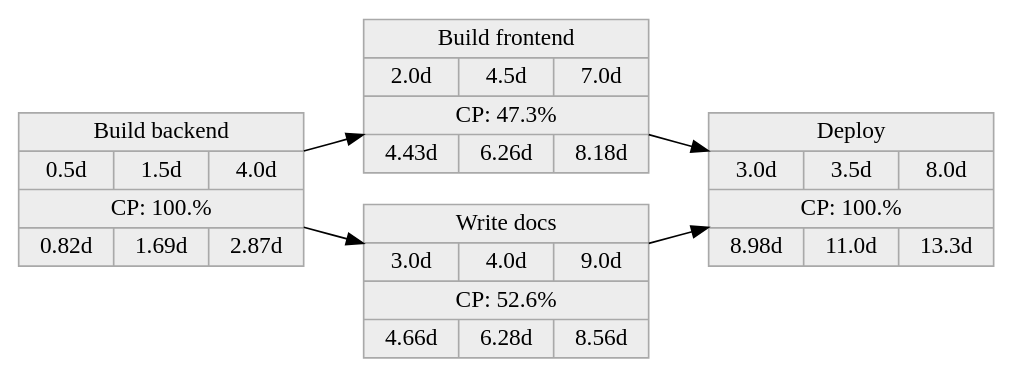
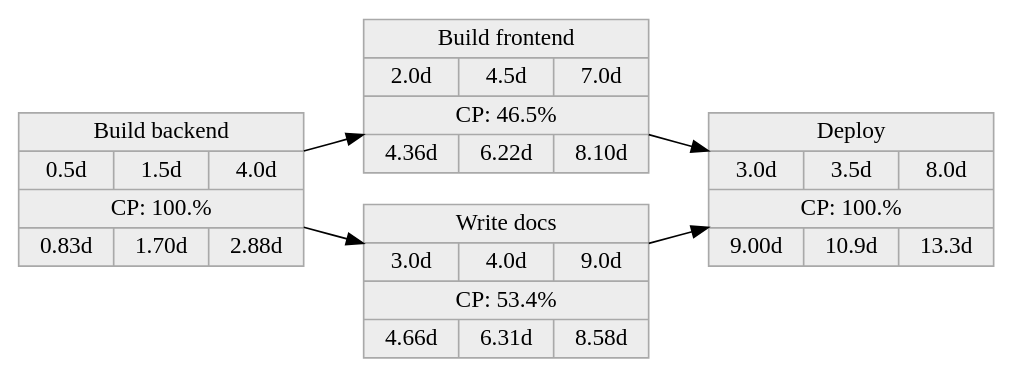
Before and after one commit to j-mueller/ernie: the diagram in example/project.dot, drawn with Graphviz. The commit also changed 7 other files, not shown here.

```diff
--- a/example/project.dot
+++ b/example/project.dot
@@ -1,14 +1,14 @@
 digraph 
 {
 node [shape=Mrecord]
 rankdir=LR
   node [color="darkgray" fillcolor="grey93" style="filled" height=".1" shape="record"]
-  "TaskID 0" [label="Build backend|{0.5d|1.5d|4.0d}|CP: 100.%|{0.82d |1.69d | 2.87d }"]
-  "TaskID 1" [label="Build frontend|{2.0d|4.5d|7.0d}|CP: 47.3%|{4.43d |6.26d | 8.18d }"]
-  "TaskID 2" [label="Write docs|{3.0d|4.0d|9.0d}|CP: 52.6%|{4.66d |6.28d | 8.56d }"]
-  "TaskID 3" [label="Deploy|{3.0d|3.5d|8.0d}|CP: 100.%|{8.98d |11.0d | 13.3d }"]
+  "TaskID 0" [label="Build backend|{0.5d|1.5d|4.0d}|CP: 100.%|{0.83d |1.70d | 2.88d }"]
+  "TaskID 1" [label="Build frontend|{2.0d|4.5d|7.0d}|CP: 46.5%|{4.36d |6.22d | 8.10d }"]
+  "TaskID 2" [label="Write docs|{3.0d|4.0d|9.0d}|CP: 53.4%|{4.66d |6.31d | 8.58d }"]
+  "TaskID 3" [label="Deploy|{3.0d|3.5d|8.0d}|CP: 100.%|{9.00d |10.9d | 13.3d }"]
   "TaskID 0" -> "TaskID 1"
   "TaskID 0" -> "TaskID 2"
   "TaskID 1" -> "TaskID 3"
   "TaskID 2" -> "TaskID 3"
 }
```
